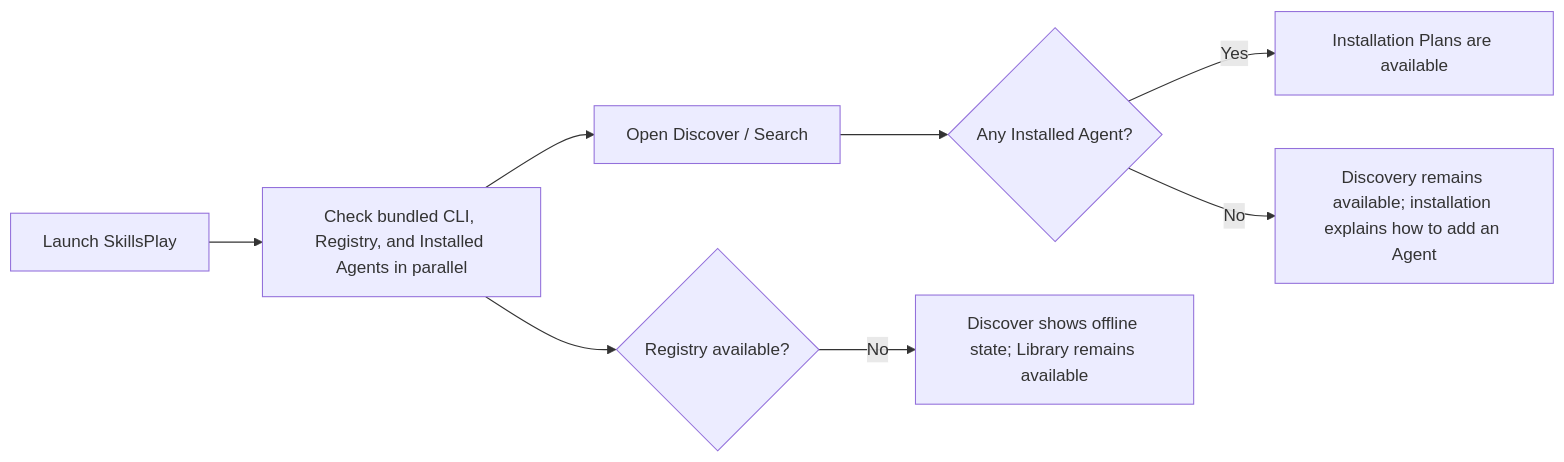
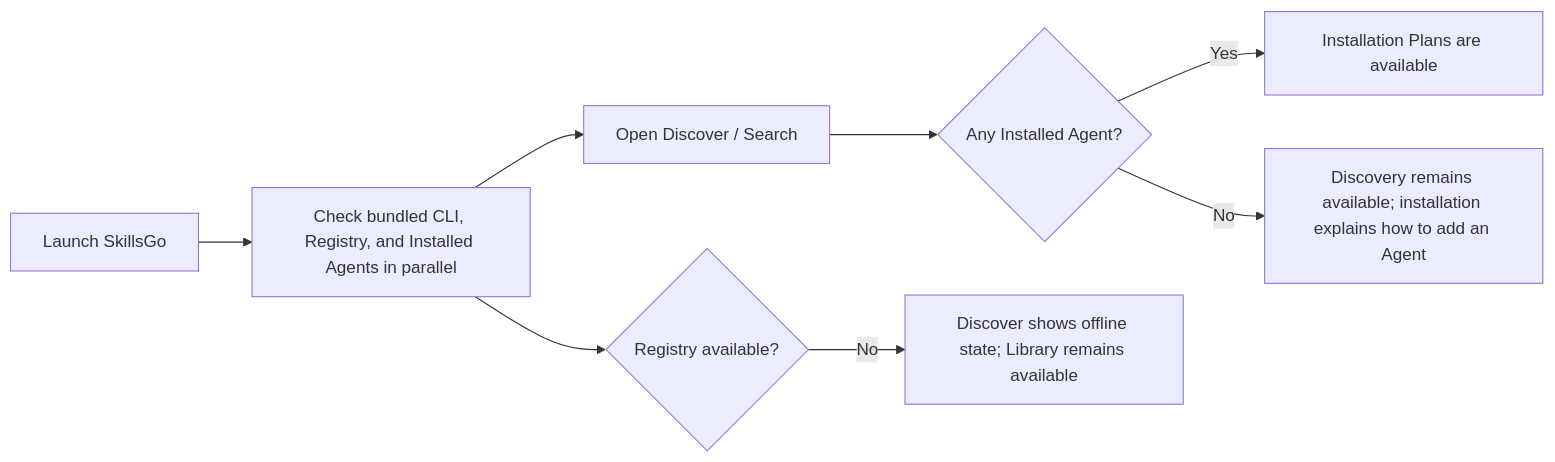
Before and after one commit to skillsgo/skillsgo: the diagram in app/docs/user-routes.md, drawn with Mermaid. The commit also changed other lines of this file and 42 other files, not shown here.

````diff
--- a/app/docs/user-routes.md
+++ b/app/docs/user-routes.md
@@ -81,10 +81,10 @@
 ```mermaid
 flowchart LR
-    A["Launch SkillsPlay"] --> B["Check bundled CLI, Registry, and Installed Agents in parallel"]
+    A["Launch SkillsGo"] --> B["Check bundled CLI, Registry, and Installed Agents in parallel"]
     B --> C["Open Discover / Search"]
     C --> D{"Any Installed Agent?"}
     D -->|Yes| E["Installation Plans are available"]
     D -->|No| F["Discovery remains available; installation explains how to add an Agent"]
     B --> G{"Registry available?"}
     G -->|No| H["Discover shows offline state; Library remains available"]
 ```
````
